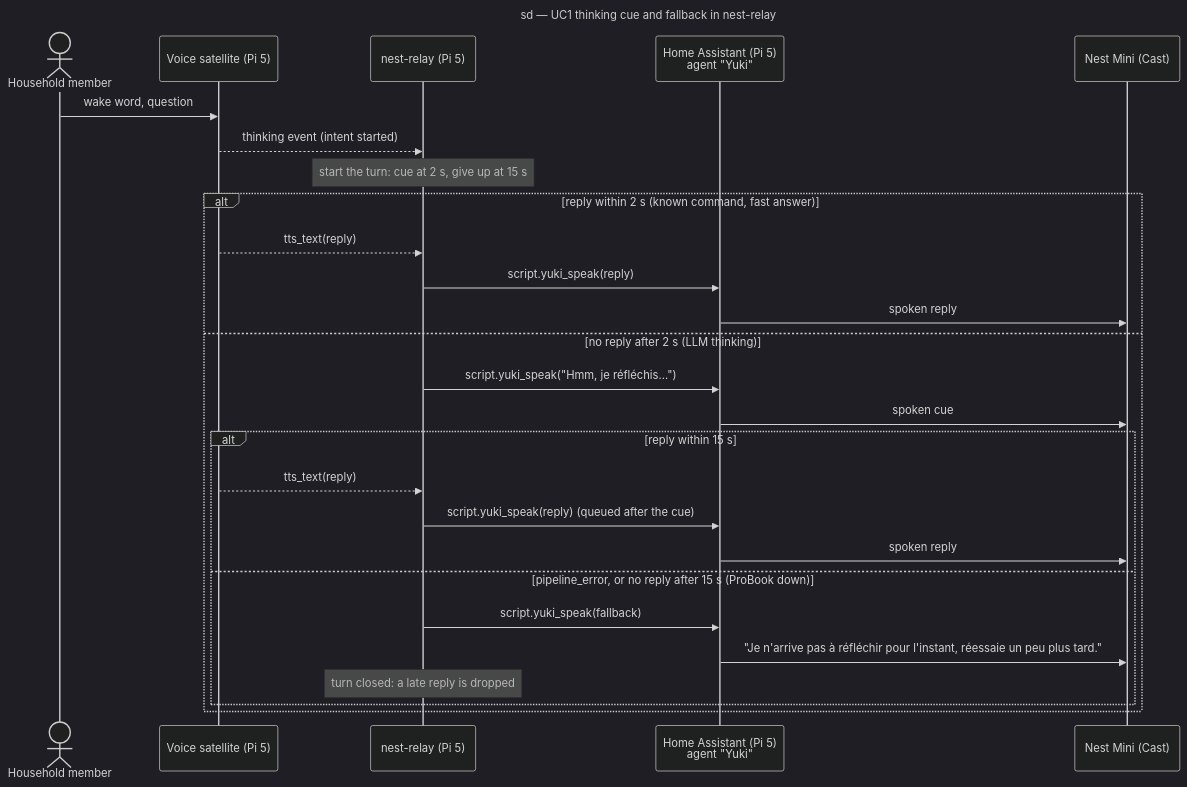
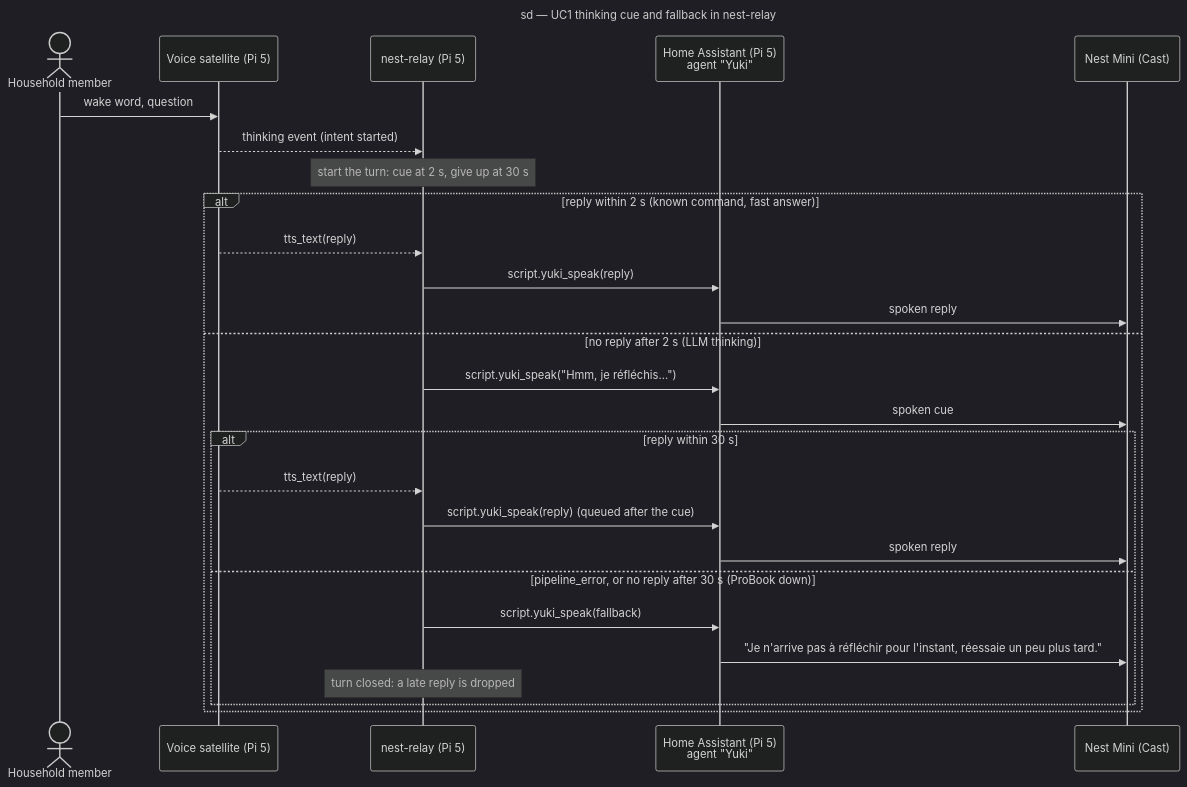
One commit to benoit-bremaud/confiture changed the diagram in docs/architecture/diagrams/voice-assistant/05-sequence-thinking-cue-and-fallback.md. Above: the diagram before and after it, drawn with Mermaid (dark theme). The commit also changed other lines of this file and 4 other files, not shown here.

````diff
--- a/docs/architecture/diagrams/voice-assistant/05-sequence-thinking-cue-and-fallback.md
+++ b/docs/architecture/diagrams/voice-assistant/05-sequence-thinking-cue-and-fallback.md
@@ -23,32 +25,32 @@
 ```mermaid
 ---
 title: sd — UC1 thinking cue and fallback in nest-relay
 ---
 sequenceDiagram
   actor Member as Household member
   participant Sat as Voice satellite (Pi 5)
   participant Relay as nest-relay (Pi 5)
   participant HA as Home Assistant (Pi 5)<br/>agent "Yuki"
   participant Nest as Nest Mini (Cast)
 
   Member->>Sat: wake word, question
   Sat-->>Relay: thinking event (intent started)
-  Note over Relay: start the turn: cue at 2 s, give up at 15 s
+  Note over Relay: start the turn: cue at 2 s, give up at 30 s
   alt reply within 2 s (known command, fast answer)
     Sat-->>Relay: tts_text(reply)
     Relay->>HA: script.yuki_speak(reply)
     HA->>Nest: spoken reply
   else no reply after 2 s (LLM thinking)
     Relay->>HA: script.yuki_speak("Hmm, je réfléchis…")
     HA->>Nest: spoken cue
-    alt reply within 15 s
+    alt reply within 30 s
       Sat-->>Relay: tts_text(reply)
       Relay->>HA: script.yuki_speak(reply) (queued after the cue)
       HA->>Nest: spoken reply
-    else pipeline_error, or no reply after 15 s (ProBook down)
+    else pipeline_error, or no reply after 30 s (ProBook down)
       Relay->>HA: script.yuki_speak(fallback)
       HA->>Nest: "Je n'arrive pas à réfléchir pour l'instant, réessaie un peu plus tard."
       Note over Relay: turn closed: a late reply is dropped
     end
   end
 ```
````
